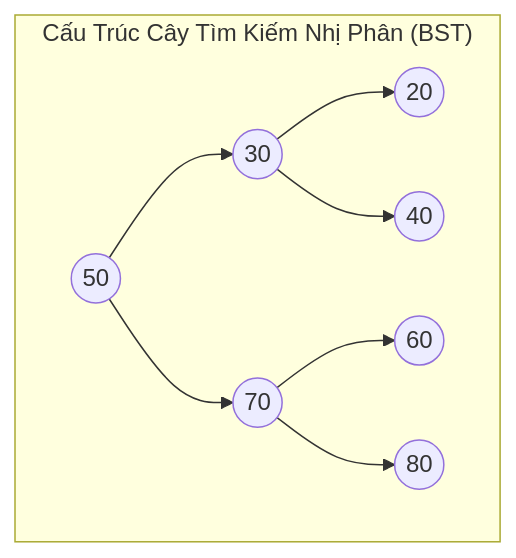
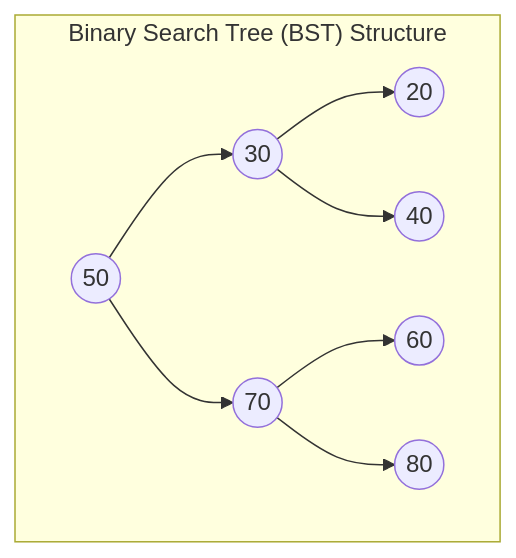
Before and after one commit to ga2631/ga2631.github.io: the diagram in src/data/blog/en/53-2026-06-18-data-structure-binary-search-tree-traversals-cpp.md, drawn with Mermaid. The commit also changed other lines of this file and 74 other files, not shown here.

````diff
--- a/src/data/blog/en/53-2026-06-18-data-structure-binary-search-tree-traversals-cpp.md
+++ b/src/data/blog/en/53-2026-06-18-data-structure-binary-search-tree-traversals-cpp.md
@@ -58,19 +58,19 @@
 ```mermaid
 graph TD
-    subgraph BSTStructure ["Cấu Trúc Cây Tìm Kiếm Nhị Phân (BST)"]
+    subgraph BSTStructure ["Binary Search Tree (BST) Structure"]
         Root((50))
         L1((30))
         R1((70))
         L2_1((20))
         L2_2((40))
         R2_1((60))
         R2_2((80))
 
         Root --> L1
         Root --> R1
         L1 --> L2_1
         L1 --> L2_2
         R1 --> R2_1
         R1 --> R2_2
     end
 ```
````
